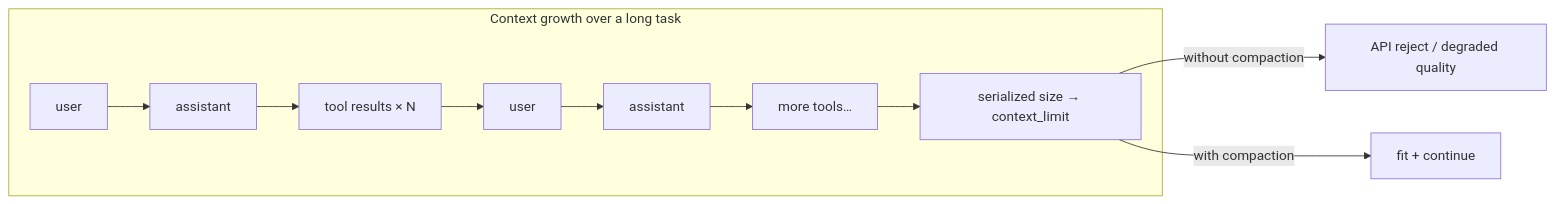
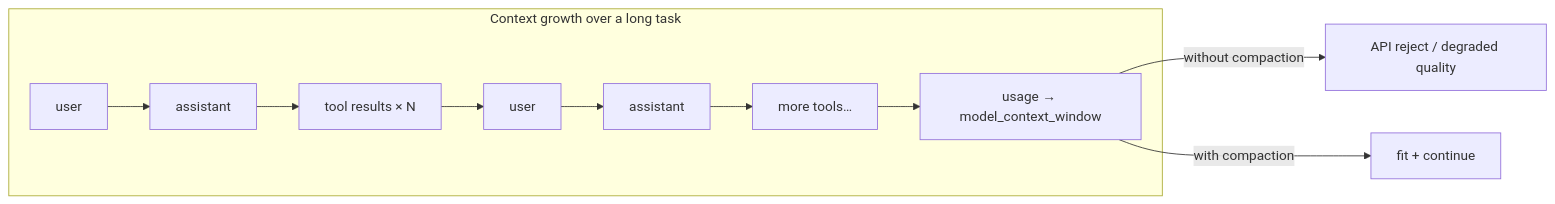
One commit to rust-infra/tact changed the first of 14 diagrams in book/05_chapter_compact.md. Above: the diagram before and after it, drawn with Mermaid. The commit also changed other lines of this file and 9 other files, not shown here.

First line of the commit message:
docs: document model_context_window and context usage meter

````diff
--- a/book/05_chapter_compact.md
+++ b/book/05_chapter_compact.md
@@ -21,13 +21,13 @@
 ```mermaid
 flowchart LR
     subgraph Growth["Context growth over a long task"]
         U1[user] --> A1[assistant]
         A1 --> T1[tool results × N]
         T1 --> U2[user]
         U2 --> A2[assistant]
         A2 --> T2[more tools…]
-        T2 --> Huge["serialized size → context_limit"]
+        T2 --> Huge["usage → model_context_window"]
     end
     Huge -->|without compaction| Fail[API reject / degraded quality]
     Huge -->|with compaction| Fit[fit + continue]
 ```
````
